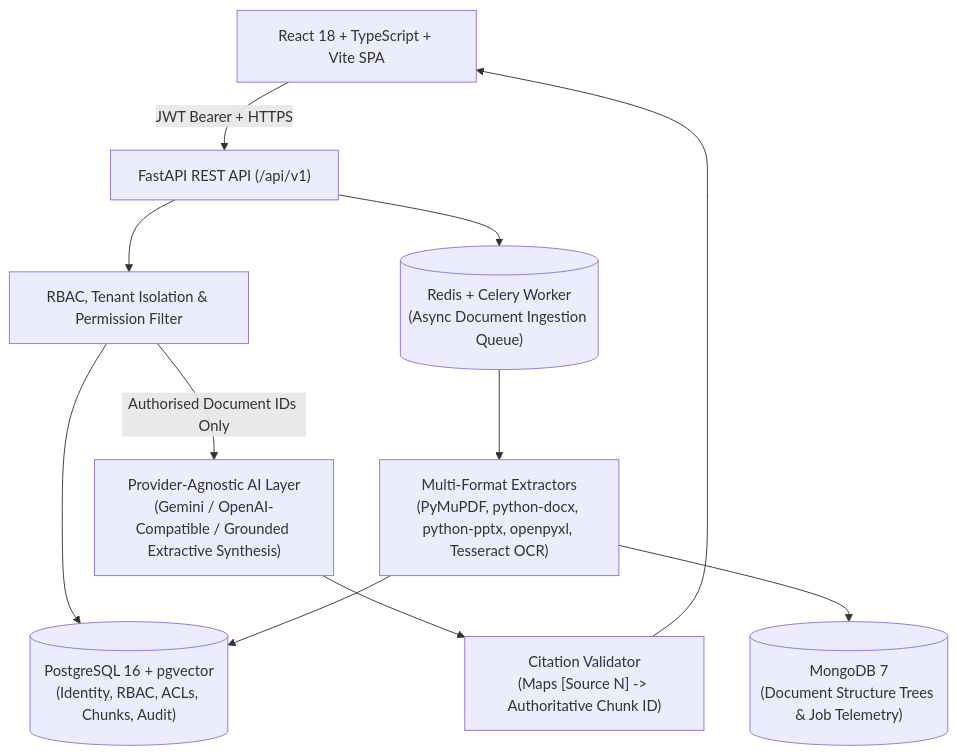
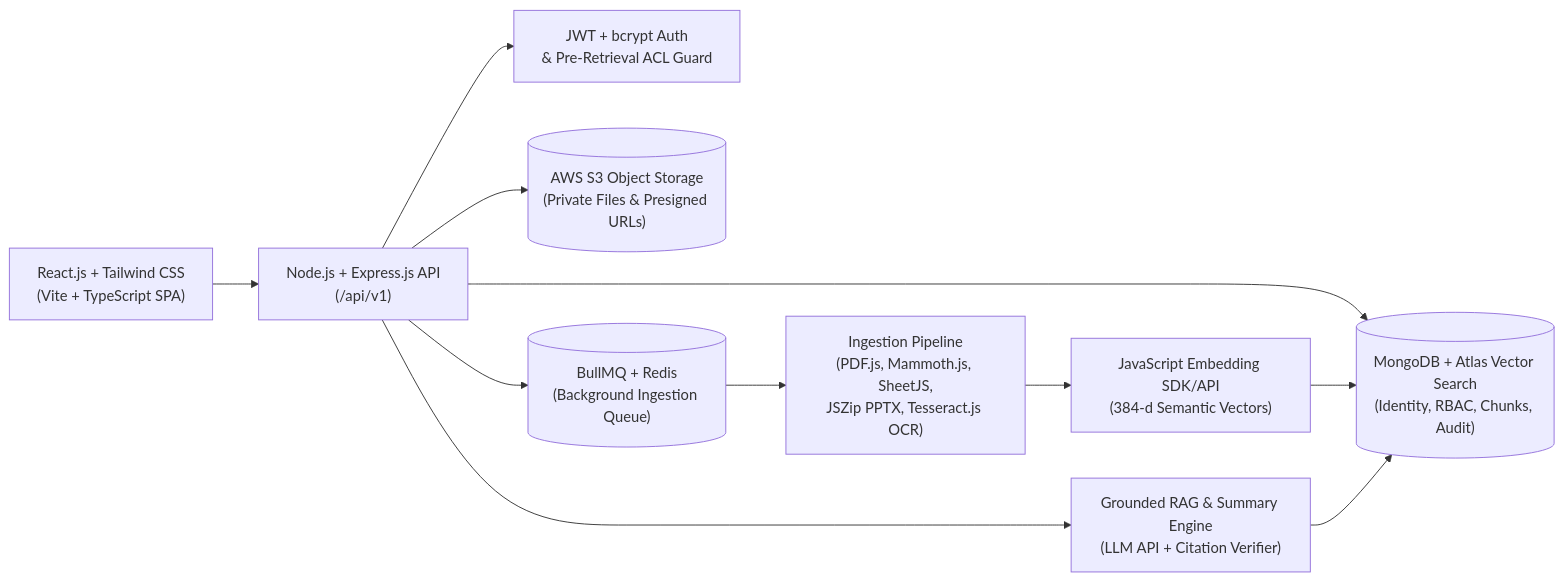
The diagram in docs/architecture.md (Vishvendra-ux/MajorSubmission), drawn with Mermaid before and after one commit. The commit also changed other lines of this file and 25 other files, not shown here.

Commit message:
feat: complete Node.js telemetry alignment, docs, Express rate limiting, S3 presigned URLs, and multi-format test coverage

````diff
--- a/docs/architecture.md
+++ b/docs/architecture.md
@@ -7,23 +7,13 @@
 ```mermaid
-flowchart TD
-    Client["React 18 + TypeScript + Vite SPA"]
-    Gateway["FastAPI REST API (/api/v1)"]
-    RBAC["RBAC, Tenant Isolation & Permission Filter"]
-    PG[("PostgreSQL 16 + pgvector\n(Identity, RBAC, ACLs, Chunks, Audit)")]
-    Mongo[("MongoDB 7\n(Document Structure Trees & Job Telemetry)")]
-    Redis[("Redis + Celery Worker\n(Async Document Ingestion Queue)")]
-    Parsers["Multi-Format Extractors\n(PyMuPDF, python-docx, python-pptx, openpyxl, Tesseract OCR)"]
-    AI["Provider-Agnostic AI Layer\n(Gemini / OpenAI-Compatible / Grounded Extractive Synthesis)"]
-    Validator["Citation Validator\n(Maps [Source N] -> Authoritative Chunk ID)"]
-
-    Client -->|JWT Bearer + HTTPS| Gateway
-    Gateway --> RBAC
-    RBAC --> PG
-    Gateway --> Redis
-    Redis --> Parsers
-    Parsers --> Mongo
-    Parsers --> PG
-    RBAC -->|Authorised Document IDs Only| AI
-    AI --> Validator
-    Validator --> Client
+flowchart LR
+    Browser["React.js + Tailwind CSS\n(Vite + TypeScript SPA)"] --> API["Node.js + Express.js API\n(/api/v1)"]
+    API --> Auth["JWT + bcrypt Auth\n& Pre-Retrieval ACL Guard"]
+    API --> Mongo[("MongoDB + Atlas Vector Search\n(Identity, RBAC, Chunks, Audit)")]
+    API --> S3[("AWS S3 Object Storage\n(Private Files & Presigned URLs)")]
+    API --> Queue[("BullMQ + Redis\n(Background Ingestion Queue)")]
+    Queue --> Ingest["Ingestion Pipeline\n(PDF.js, Mammoth.js, SheetJS,\nJSZip PPTX, Tesseract.js OCR)"]
+    Ingest --> Embed["JavaScript Embedding SDK/API\n(384-d Semantic Vectors)"]
+    Embed --> Mongo
+    API --> RAG["Grounded RAG & Summary Engine\n(LLM API + Citation Verifier)"]
+    RAG --> Mongo
 ```
````
